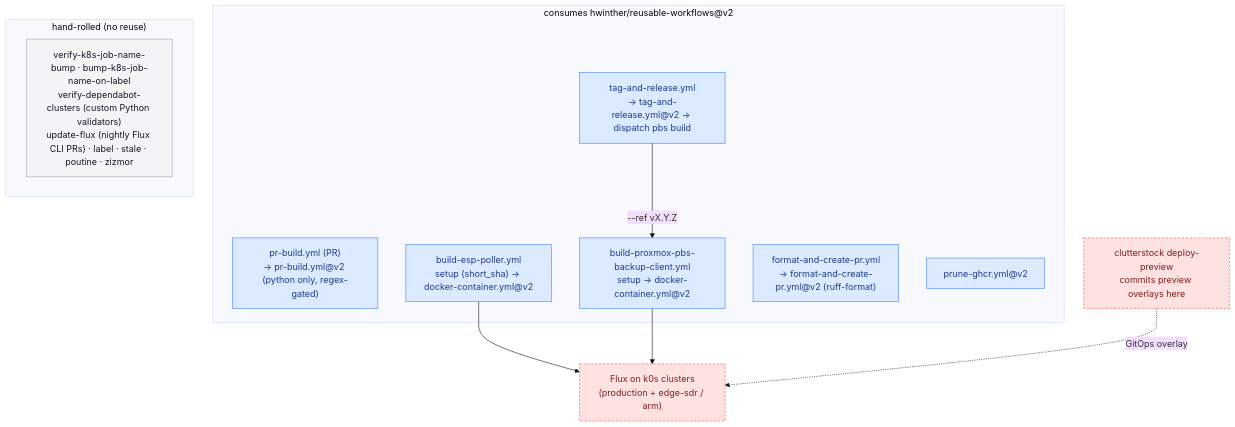
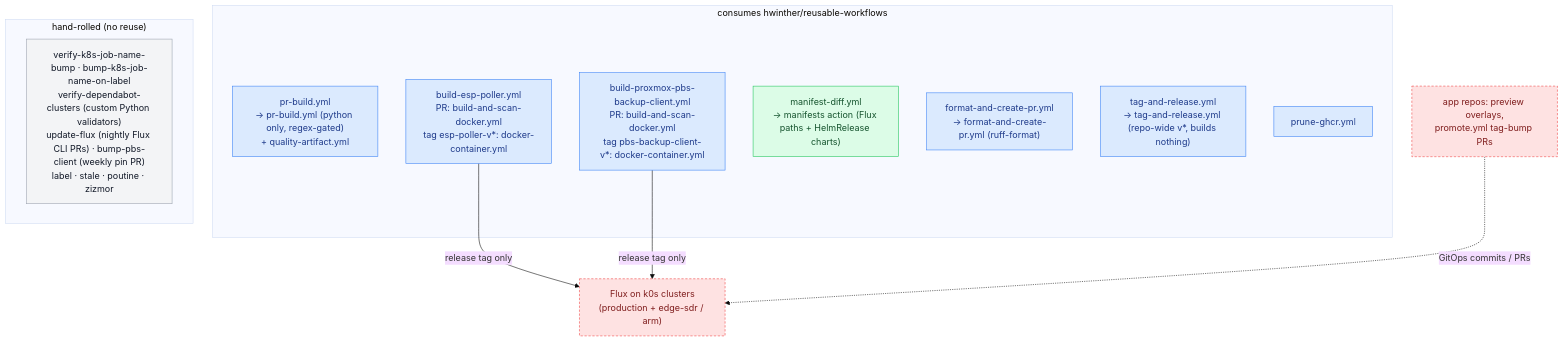
Diagram 14 of 14 in docs/consumer-topologies.md (hwinther/reusable-workflows), drawn with Mermaid (base theme) before and after one commit. The commit also changed other lines of this file, not shown here.

````diff
--- a/docs/consumer-topologies.md
+++ b/docs/consumer-topologies.md
@@ -429,24 +397,25 @@
 ```mermaid
 flowchart TD
-  subgraph reused["consumes hwinther/reusable-workflows@v2"]
-    prb["pr-build.yml (PR)<br/>→ pr-build.yml@v2 (python only, regex-gated)"]:::rw
-    esp["build-esp-poller.yml<br/>setup (short_sha) → docker-container.yml@v2"]:::rw
-    pbs["build-proxmox-pbs-backup-client.yml<br/>setup → docker-container.yml@v2"]:::rw
-    fmt["format-and-create-pr.yml<br/>→ format-and-create-pr.yml@v2 (ruff-format)"]:::rw
-    tag["tag-and-release.yml<br/>→ tag-and-release.yml@v2 → dispatch pbs build"]:::rw
-    prune["prune-ghcr.yml@v2"]:::rw
+  subgraph reused["consumes hwinther/reusable-workflows"]
+    prb["pr-build.yml<br/>→ pr-build.yml (python only, regex-gated)<br/>+ quality-artifact.yml"]:::rw
+    esp["build-esp-poller.yml<br/>PR: build-and-scan-docker.yml<br/>tag esp-poller-v*: docker-container.yml"]:::rw
+    pbs["build-proxmox-pbs-backup-client.yml<br/>PR: build-and-scan-docker.yml<br/>tag pbs-backup-client-v*: docker-container.yml"]:::rw
+    md["manifest-diff.yml<br/>→ manifests action (Flux paths + HelmRelease charts)"]:::ca
+    fmt["format-and-create-pr.yml<br/>→ format-and-create-pr.yml (ruff-format)"]:::rw
+    tag["tag-and-release.yml<br/>→ tag-and-release.yml (repo-wide v*, builds nothing)"]:::rw
+    prune["prune-ghcr.yml"]:::rw
   end
   subgraph handrolled["hand-rolled (no reuse)"]
-    val["verify-k8s-job-name-bump · bump-k8s-job-name-on-label<br/>verify-dependabot-clusters (custom Python validators)<br/>update-flux (nightly Flux CLI PRs) · label · stale · poutine · zizmor"]:::cj
+    val["verify-k8s-job-name-bump · bump-k8s-job-name-on-label<br/>verify-dependabot-clusters (custom Python validators)<br/>update-flux (nightly Flux CLI PRs) · bump-pbs-client (weekly pin PR)<br/>label · stale · poutine · zizmor"]:::cj
   end
   cluster["Flux on k0s clusters<br/>(production + edge-sdr / arm)"]:::ext
-  fromcs["clutterstock deploy-preview<br/>commits preview overlays here"]:::ext
+  apps["app repos: preview overlays,<br/>promote.yml tag-bump PRs"]:::ext
 
-  tag -->|"--ref vX.Y.Z"| pbs
-  esp --> cluster
-  pbs --> cluster
-  fromcs -.->|"GitOps overlay"| cluster
+  esp -->|"release tag only"| cluster
+  pbs -->|"release tag only"| cluster
+  apps -.->|"GitOps commits / PRs"| cluster
   classDef rw fill:#dbeafe,stroke:#3b82f6,color:#1e3a8a
+  classDef ca fill:#dcfce7,stroke:#22c55e,color:#14532d
   classDef cj fill:#f3f4f6,stroke:#9ca3af,color:#111827
   classDef ext fill:#fee2e2,stroke:#ef4444,color:#7f1d1d,stroke-dasharray:4 3
 ```
````
